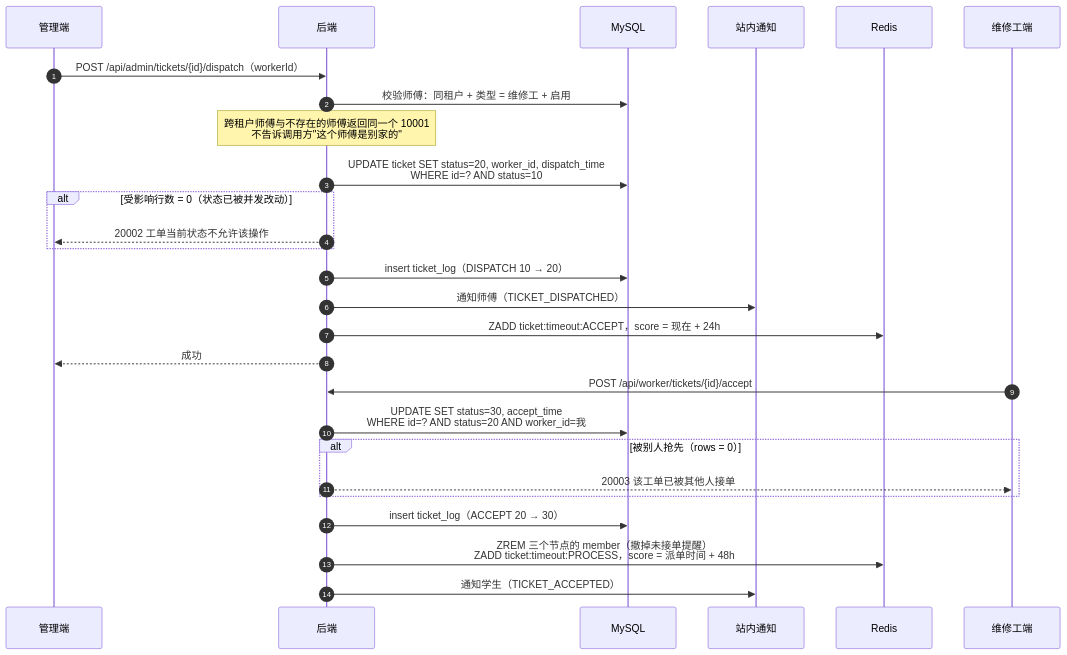
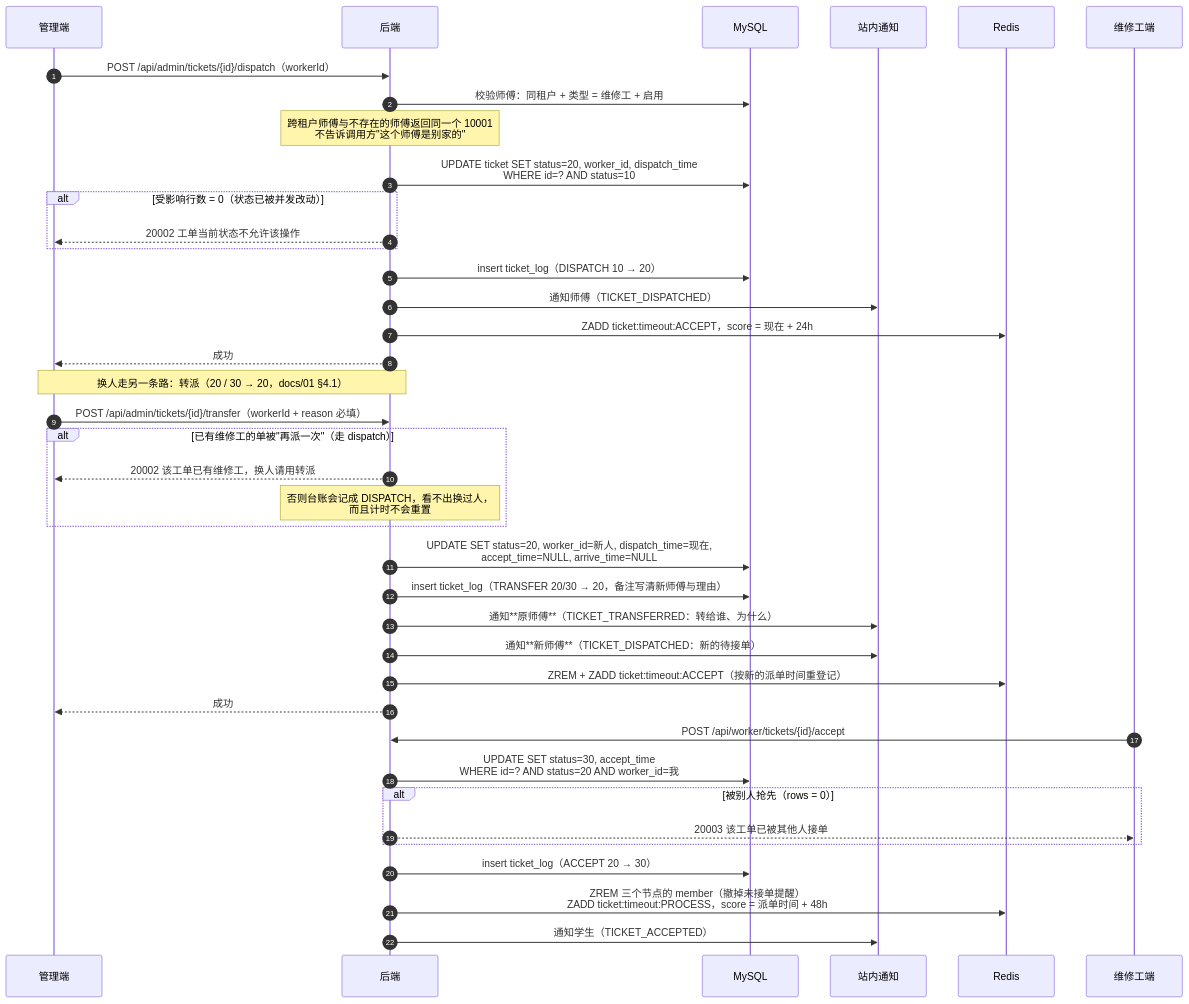
Before and after one commit to bluemalic/repair-platform: the seventh of 11 diagrams in docs/06-架构图.md, drawn with Mermaid. The commit also changed 5 other files, not shown here.

````diff
--- a/docs/06-架构图.md
+++ b/docs/06-架构图.md
@@ -317,31 +317,44 @@
 ```mermaid
 sequenceDiagram
     autonumber
     participant AD as 管理端
     participant API as 后端
     participant DB as MySQL
     participant N as 站内通知
     participant R as Redis
     participant W as 维修工端
 
     AD->>API: POST /api/admin/tickets/{id}/dispatch（workerId）
     API->>DB: 校验师傅：同租户 + 类型 = 维修工 + 启用
     Note over API: 跨租户师傅与不存在的师傅返回同一个 10001<br/>不告诉调用方"这个师傅是别家的"
     API->>DB: UPDATE ticket SET status=20, worker_id, dispatch_time<br/>WHERE id=? AND status=10
     alt 受影响行数 = 0（状态已被并发改动）
         API-->>AD: 20002 工单当前状态不允许该操作
     end
     API->>DB: insert ticket_log（DISPATCH 10 → 20）
     API->>N: 通知师傅（TICKET_DISPATCHED）
     API->>R: ZADD ticket:timeout:ACCEPT，score = 现在 + 24h
     API-->>AD: 成功
 
+    Note over AD,API: 换人走另一条路：转派（20 / 30 → 20，docs/01 §4.1）
+    AD->>API: POST /api/admin/tickets/{id}/transfer（workerId + reason 必填）
+    alt 已有维修工的单被"再派一次"（走 dispatch）
+        API-->>AD: 20002 该工单已有维修工，换人请用转派
+        Note over API: 否则台账会记成 DISPATCH，看不出换过人，<br/>而且计时不会重置
+    end
+    API->>DB: UPDATE SET status=20, worker_id=新人, dispatch_time=现在,<br/>accept_time=NULL, arrive_time=NULL
+    API->>DB: insert ticket_log（TRANSFER 20/30 → 20，备注写清新师傅与理由）
+    API->>N: 通知**原师傅**（TICKET_TRANSFERRED：转给谁、为什么）
+    API->>N: 通知**新师傅**（TICKET_DISPATCHED：新的待接单）
+    API->>R: ZREM + ZADD ticket:timeout:ACCEPT（按新的派单时间重登记）
+    API-->>AD: 成功
+
     W->>API: POST /api/worker/tickets/{id}/accept
     API->>DB: UPDATE SET status=30, accept_time<br/>WHERE id=? AND status=20 AND worker_id=我
     alt 被别人抢先（rows = 0）
         API-->>W: 20003 该工单已被其他人接单
     end
     API->>DB: insert ticket_log（ACCEPT 20 → 30）
     API->>R: ZREM 三个节点的 member（撤掉未接单提醒）<br/>ZADD ticket:timeout:PROCESS，score = 派单时间 + 48h
     API->>N: 通知学生（TICKET_ACCEPTED）
 ```
````
